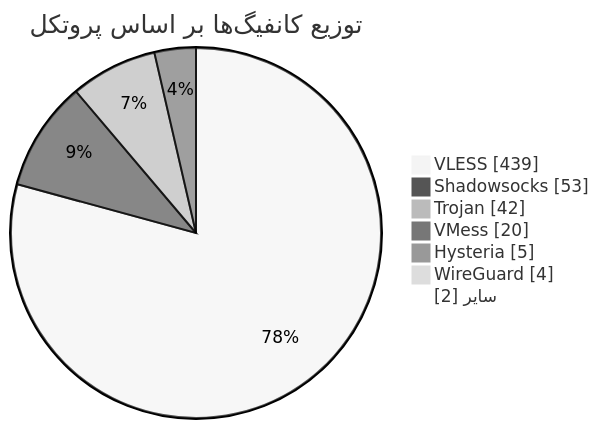
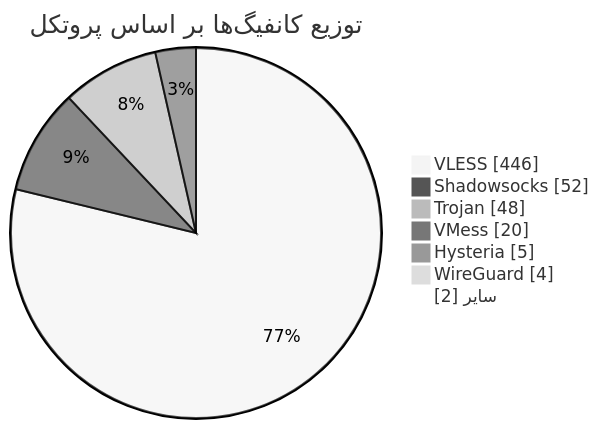
Before and after one commit to Arian-Alijani/Somthing: the diagram in README.md, drawn with Mermaid (neutral theme). The commit also changed other lines of this file and 19 other files, not shown here.

````diff
--- a/README.md
+++ b/README.md
@@ -49,11 +49,11 @@
 ```mermaid
 pie showData
     title توزیع کانفیگ‌ها بر اساس پروتکل
-    "VLESS" : 439
-    "Shadowsocks" : 53
-    "Trojan" : 42
+    "VLESS" : 446
+    "Shadowsocks" : 52
+    "Trojan" : 48
     "VMess" : 20
     "Hysteria" : 5
     "WireGuard" : 4
     "سایر" : 2
 ```
````
